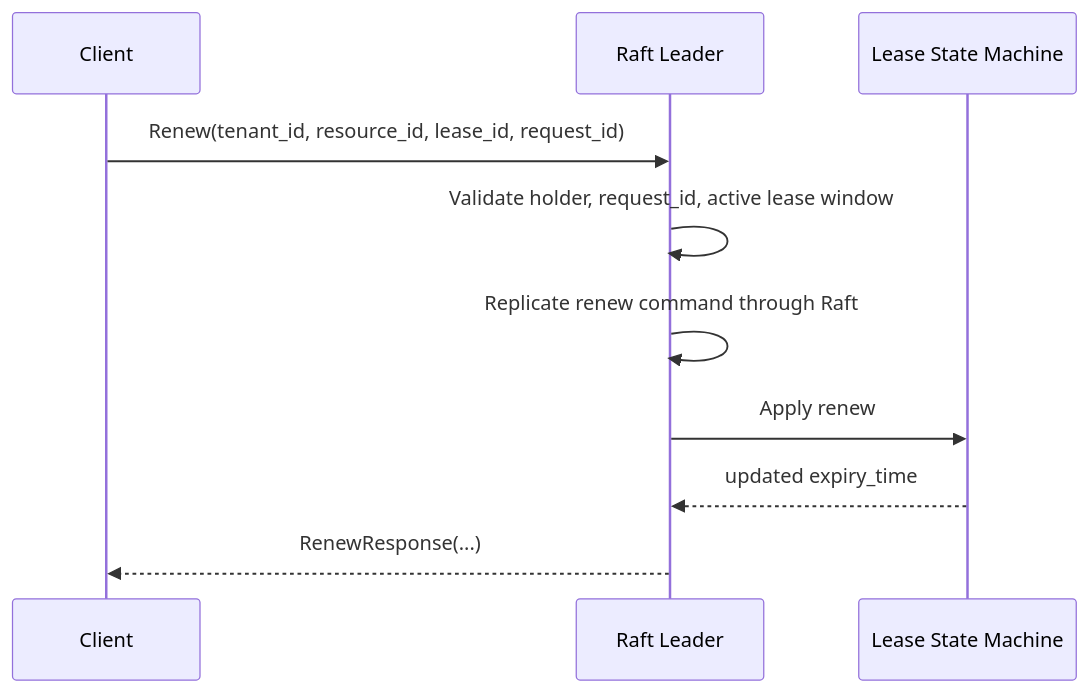
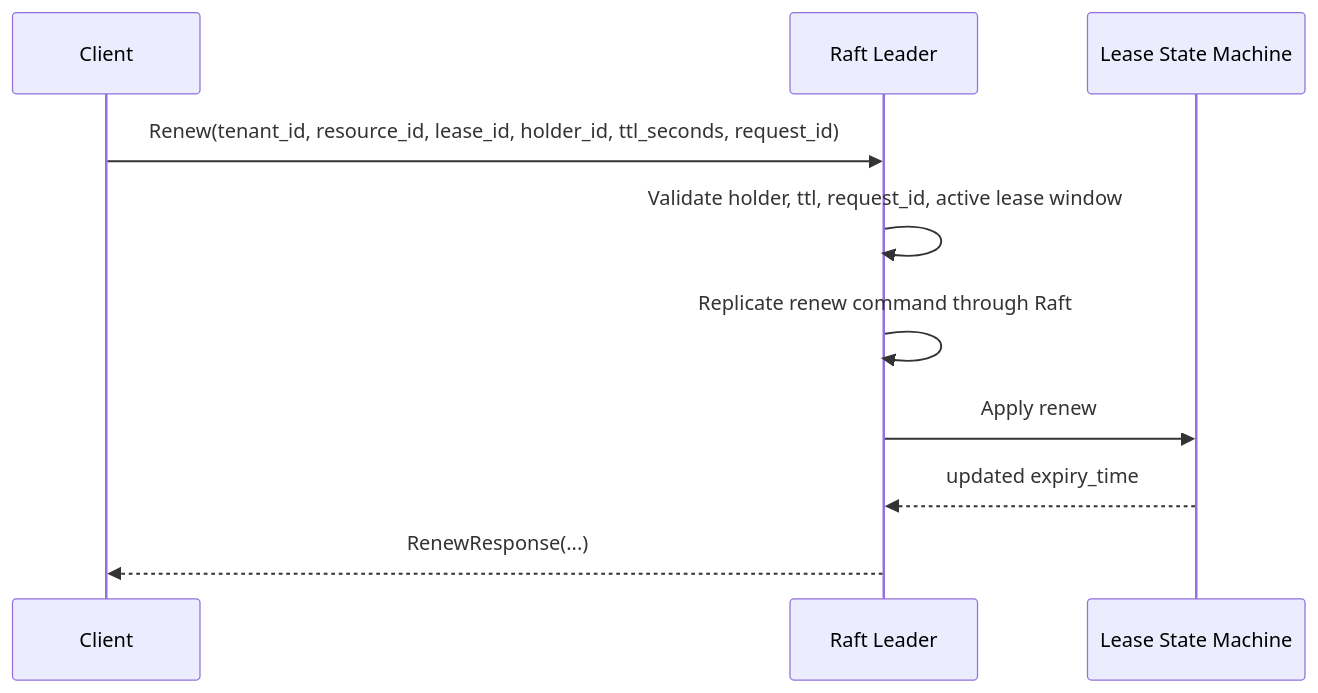
One commit to richrobertson/tenure changed the fourth of 12 diagrams in docs/diagrams/request-flow.md. Above: the diagram before and after it, drawn with Mermaid. The commit also changed other lines of this file and 4 other files, not shown here.

First line of the commit message:
Expand flow diagrams and document Raft persistence layers (#20)

````diff
--- a/docs/diagrams/request-flow.md
+++ b/docs/diagrams/request-flow.md
@@ -26,13 +59,13 @@
 ```mermaid
 sequenceDiagram
     participant C as Client
     participant L as Raft Leader
     participant SM as Lease State Machine
 
-    C->>L: Renew(tenant_id, resource_id, lease_id, request_id)
-    L->>L: Validate holder, request_id, active lease window
+    C->>L: Renew(tenant_id, resource_id, lease_id, holder_id, ttl_seconds, request_id)
+    L->>L: Validate holder, ttl, request_id, active lease window
     L->>L: Replicate renew command through Raft
     L->>SM: Apply renew
     SM-->>L: updated expiry_time
     L-->>C: RenewResponse(...)
 ```
````
